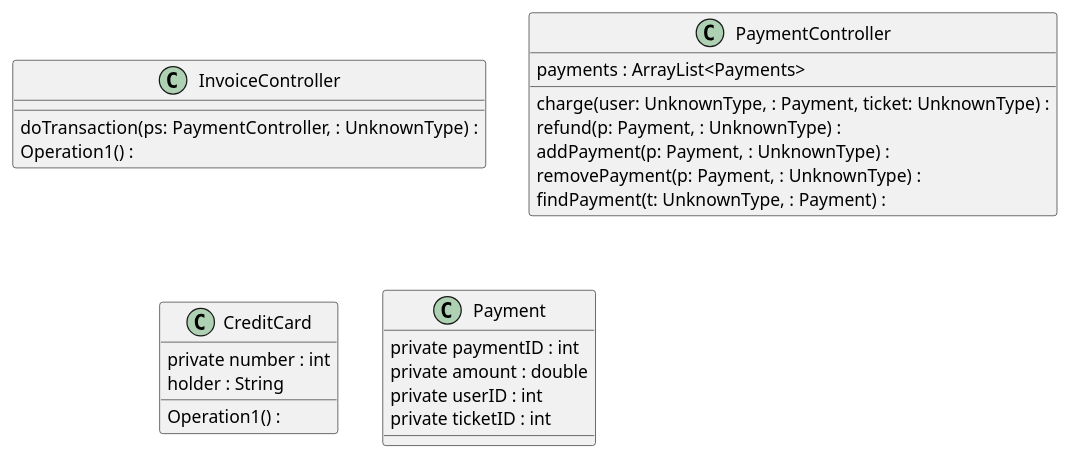
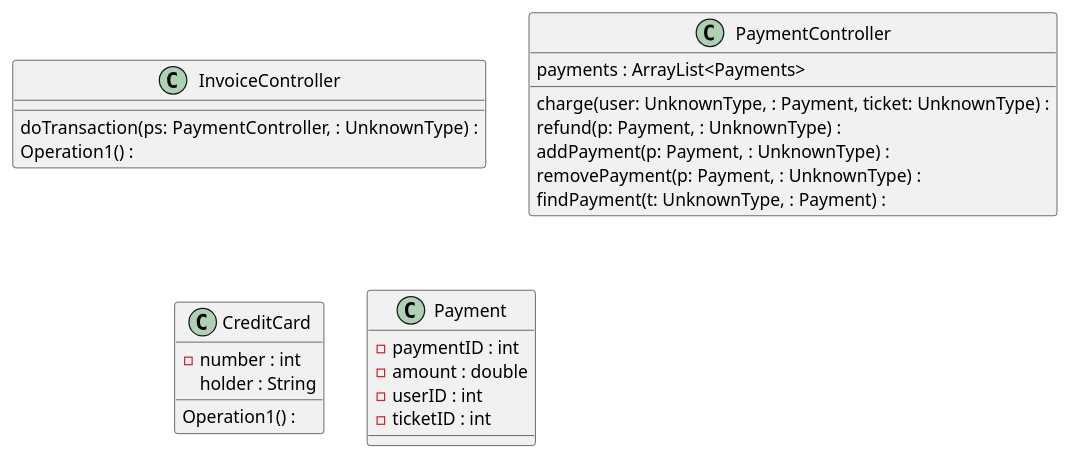
The diagram in docs/diagrams/transaction_classes.puml (stancsz/theater_ticketing_system_java), drawn with PlantUML before and after one commit. The commit also changed 4 other files, not shown here.

```diff
--- a/docs/diagrams/transaction_classes.puml
+++ b/docs/diagrams/transaction_classes.puml
@@ -1,25 +1,25 @@
 @startuml
 class InvoiceController {
    doTransaction(ps: PaymentController, : UnknownType) : 
    Operation1() : 
 }
 class PaymentController {
    payments : ArrayList<Payments>
    charge(user: UnknownType, : Payment, ticket: UnknownType) : 
    refund(p: Payment, : UnknownType) : 
    addPayment(p: Payment, : UnknownType) : 
    removePayment(p: Payment, : UnknownType) : 
    findPayment(t: UnknownType, : Payment) : 
 }
 class CreditCard {
-  private number : int
+  - number : int
    holder : String
    Operation1() : 
 }
 class Payment {
-  private paymentID : int
-  private amount : double
-  private userID : int
-  private ticketID : int
+  - paymentID : int
+  - amount : double
+  - userID : int
+  - ticketID : int
 }
 @enduml
```
